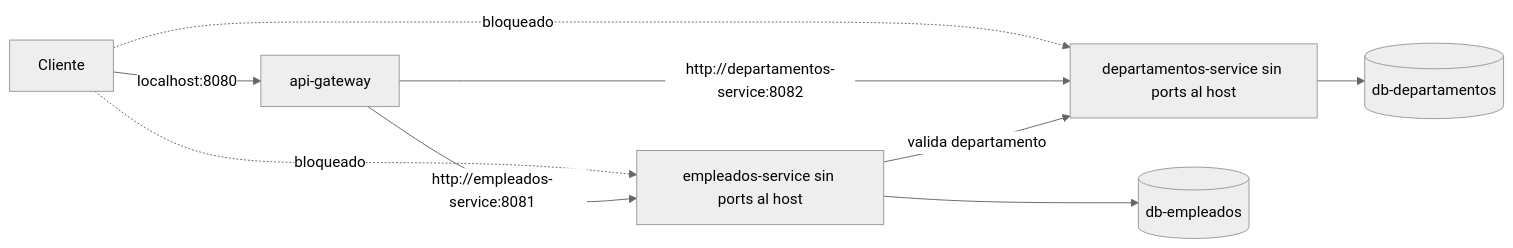
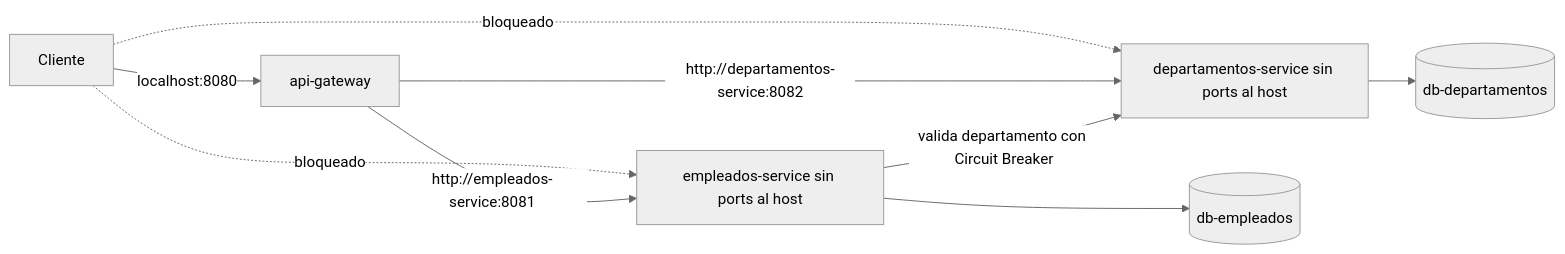
Before and after one commit to Stevenz02/Micro: the diagram in Reto_3/README.md, drawn with Mermaid (neutral theme). The commit also changed other lines of this file and 5 other files, not shown here.

Commit message:
Reto 3: infraestructura Docker, API Gateway y Circuit Breaker verificados

````diff
--- a/Reto_3/README.md
+++ b/Reto_3/README.md
@@ -43,11 +31,11 @@
 ```mermaid
 flowchart LR
     C[Cliente] -->|localhost:8080| G[api-gateway]
     C -. bloqueado .-> E[empleados-service sin ports al host]
     C -. bloqueado .-> D[departamentos-service sin ports al host]
     G -->|http://empleados-service:8081| E
     G -->|http://departamentos-service:8082| D
     E --> BE[(db-empleados)]
     D --> BD[(db-departamentos)]
-    E -->|valida departamento| D
+    E -->|valida departamento con Circuit Breaker| D
 ```
````
